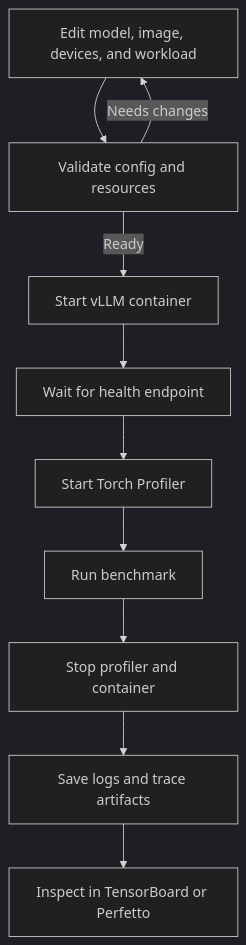
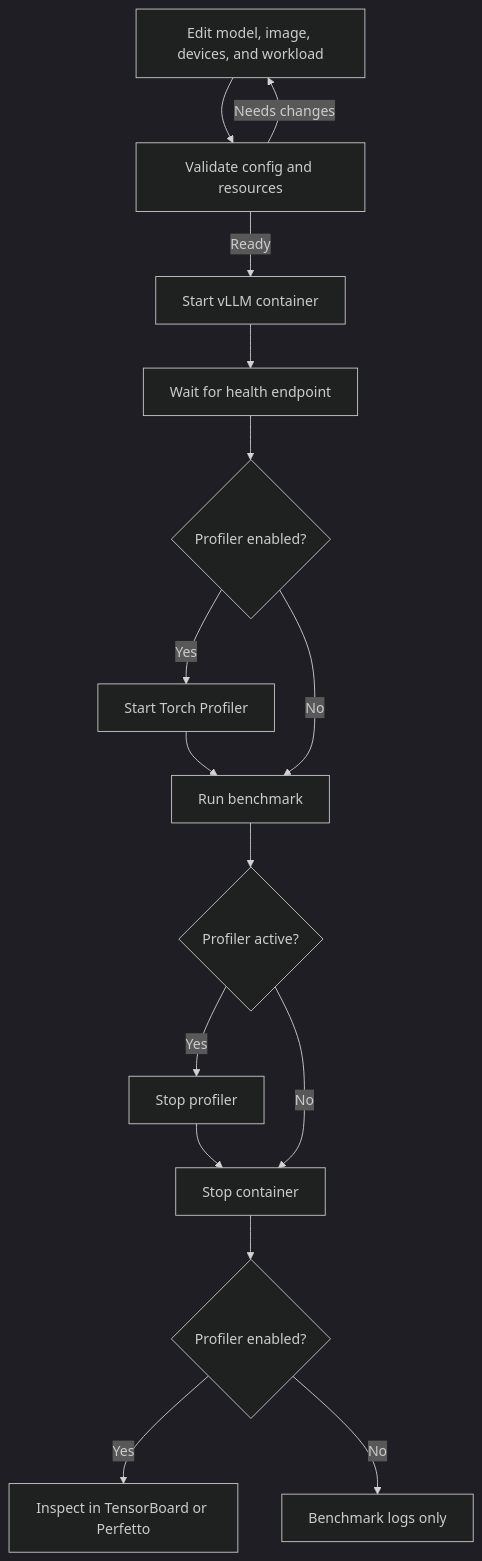
The first of 2 diagrams in USER_GUIDE.md (Shan2L/VAP), drawn with Mermaid (dark theme) before and after one commit. The commit also changed other lines of this file and 43 other files, not shown here.

````diff
--- a/USER_GUIDE.md
+++ b/USER_GUIDE.md
@@ -24,12 +24,18 @@
 ```mermaid
 flowchart TD
     Configure["Edit model, image, devices, and workload"] --> Validate["Validate config and resources"]
     Validate -->|"Needs changes"| Configure
     Validate -->|"Ready"| Deploy["Start vLLM container"]
     Deploy --> Health["Wait for health endpoint"]
-    Health --> Profile["Start Torch Profiler"]
+    Health --> Profiler{"Profiler enabled?"}
+    Profiler -->|Yes| Profile["Start Torch Profiler"]
     Profile --> Benchmark["Run benchmark"]
-    Benchmark --> StopProfile["Stop profiler and container"]
-    StopProfile --> Artifacts["Save logs and trace artifacts"]
-    Artifacts --> Inspect["Inspect in TensorBoard or Perfetto"]
+    Profiler -->|No| Benchmark
+    Benchmark --> StopProfile{"Profiler active?"}
+    StopProfile -->|Yes| Stop["Stop profiler"]
+    Stop --> Cleanup["Stop container"]
+    StopProfile -->|No| Cleanup
+    Cleanup --> Artifacts{"Profiler enabled?"}
+    Artifacts -->|Yes| Inspect["Inspect in TensorBoard or Perfetto"]
+    Artifacts -->|No| Done["Benchmark logs only"]
 ```
````
